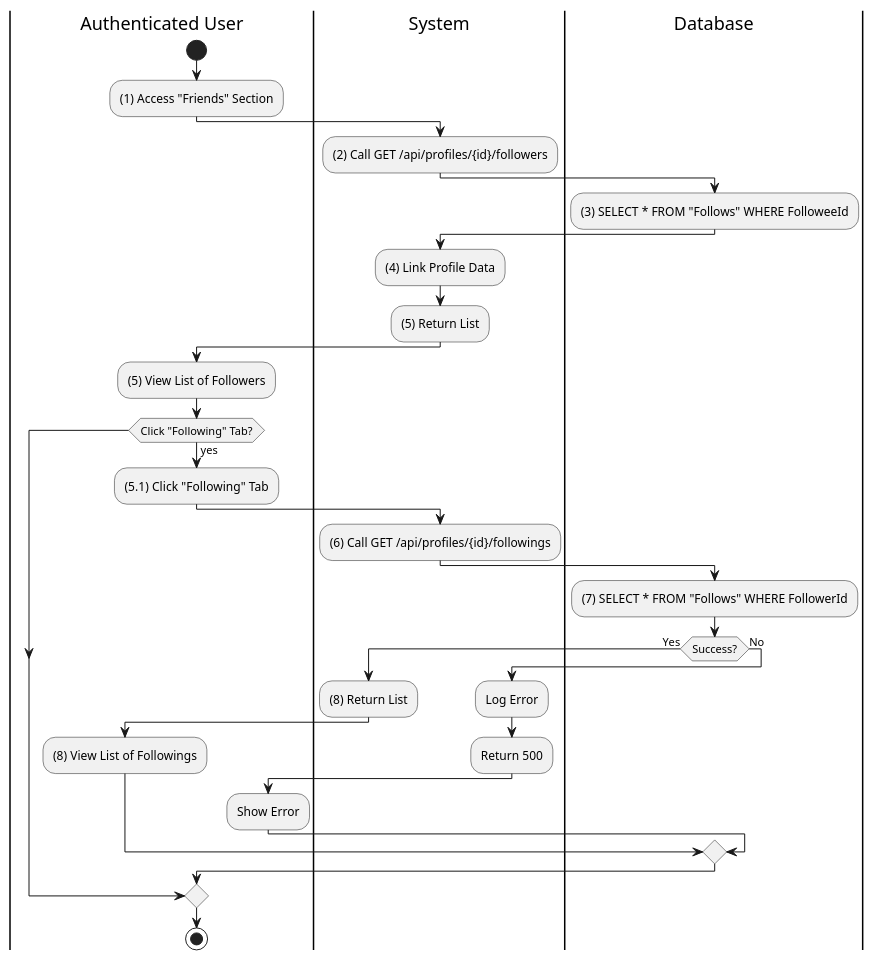
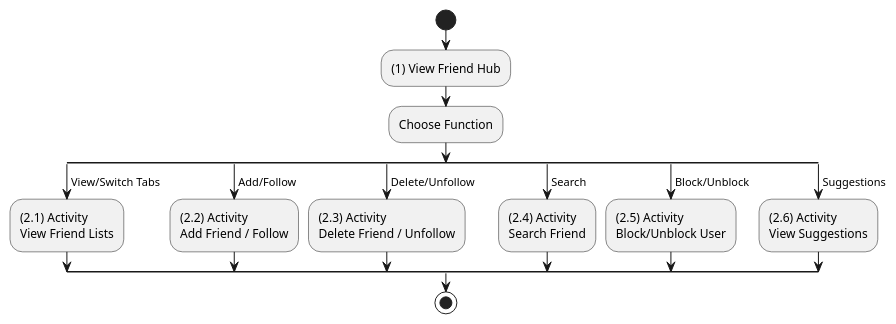
The first of 14 diagrams in UC_2.1.6_Adjust_Friend.md (I-Love-U-3000/Favi-BE), drawn with PlantUML before and after one commit. The commit also changed other lines of this file and 36 other files, not shown here.

````diff
--- a/UC_2.1.6_Adjust_Friend.md
+++ b/UC_2.1.6_Adjust_Friend.md
@@ -40,36 +30,28 @@
 ```plantuml
 @startuml
-|Authenticated User|
+|User|
 start
-:(1) Access "Friends" Section;
-|System|
-:(2) Call GET /api/profiles/{id}/followers;
-|Database|
-:(3) SELECT * FROM "Follows" WHERE FolloweeId;
-|System|
-:(4) Link Profile Data;
-:(5) Return List;
-|Authenticated User|
-:(5) View List of Followers;
-if (Click "Following" Tab?) then (yes)
-  :(5.1) Click "Following" Tab;
-  |System|
-  :(6) Call GET /api/profiles/{id}/followings;
-  |Database|
-  :(7) SELECT * FROM "Follows" WHERE FollowerId;
-  if (Success?) then (Yes)
-      |System|
-      :(8) Return List;
-      |Authenticated User|
-      :(8) View List of Followings;
-  else (No)
-      |System|
-      :Log Error;
-      :Return 500;
-      |Authenticated User|
-      :Show Error;
-  endif
-endif
+:(1) View Friend Hub;
+:Choose Function;
+split
+    -> View/Switch Tabs;
+    :(2.1) Activity\nView Friend Lists;
+split again
+    -> Add/Follow;
+    :(2.2) Activity\nAdd Friend / Follow;
+split again
+    -> Delete/Unfollow;
+    :(2.3) Activity\nDelete Friend / Unfollow;
+split again
+    -> Search;
+    :(2.4) Activity\nSearch Friend;
+split again
+    -> Block/Unblock;
+    :(2.5) Activity\nBlock/Unblock User;
+split again
+    -> Suggestions;
+    :(2.6) Activity\nView Suggestions;
+end split
 stop
 @enduml
 ```
````
